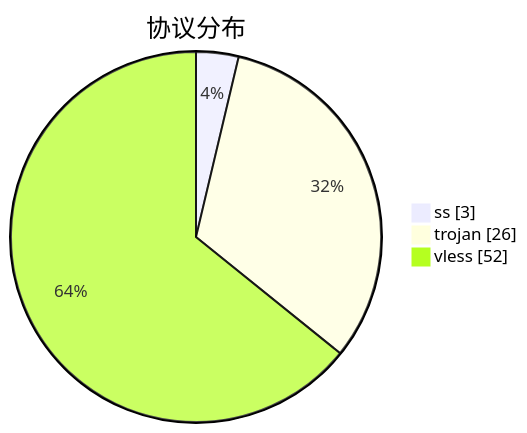
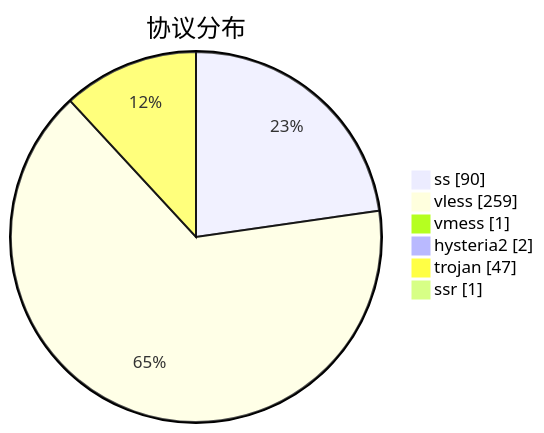
One commit to qjlxg/airport changed the third of 3 diagrams in subs/statistics/tested_within.md. Above: the diagram before and after it, drawn with Mermaid. The commit also changed other lines of this file and 2 other files, not shown here.

````diff
--- a/subs/statistics/tested_within.md
+++ b/subs/statistics/tested_within.md
@@ -24,7 +41,10 @@
 ```mermaid
 pie showData
 title 协议分布
-"ss" : 3
-"trojan" : 26
-"vless" : 52
+"ss" : 90
+"vless" : 259
+"vmess" : 1
+"hysteria2" : 2
+"trojan" : 47
+"ssr" : 1
 ```
````
